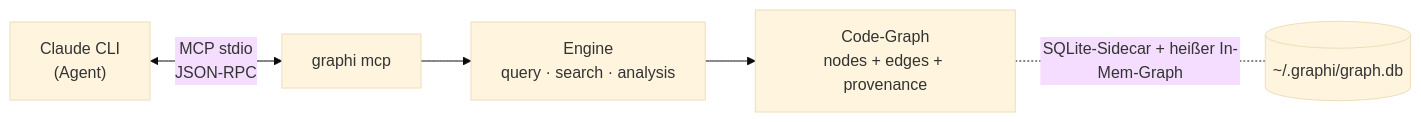
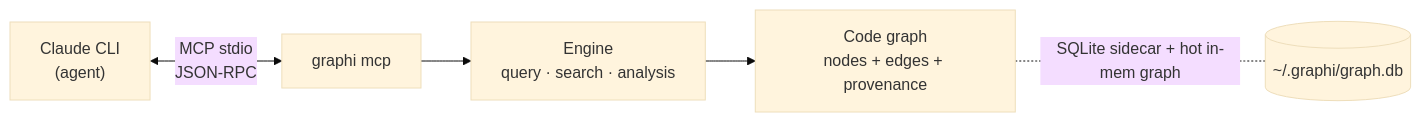
Before and after one commit to samibel/graphi: the second of 4 diagrams in docs/tutorial/graphi-with-claude-cli.md, drawn with Mermaid (base theme). The commit also changed other lines of this file, not shown here.

First line of the commit message:
docs(tutorial): translate graphi × Claude CLI tutorial to English

````diff
--- a/docs/tutorial/graphi-with-claude-cli.md
+++ b/docs/tutorial/graphi-with-claude-cli.md
@@ -75,7 +75,7 @@
 ```mermaid
 flowchart LR
-    CLI["Claude CLI<br/>(Agent)"] <-->|"MCP stdio<br/>JSON-RPC"| MCP["graphi mcp"]
+    CLI["Claude CLI<br/>(agent)"] <-->|"MCP stdio<br/>JSON-RPC"| MCP["graphi mcp"]
     MCP --> ENG["Engine<br/>query · search · analysis"]
-    ENG --> GR["Code-Graph<br/>nodes + edges + provenance"]
-    GR -. "SQLite-Sidecar + heißer In-Mem-Graph" .- DB[("~/.graphi/graph.db")]
+    ENG --> GR["Code graph<br/>nodes + edges + provenance"]
+    GR -. "SQLite sidecar + hot in-mem graph" .- DB[("~/.graphi/graph.db")]
 ```
````
